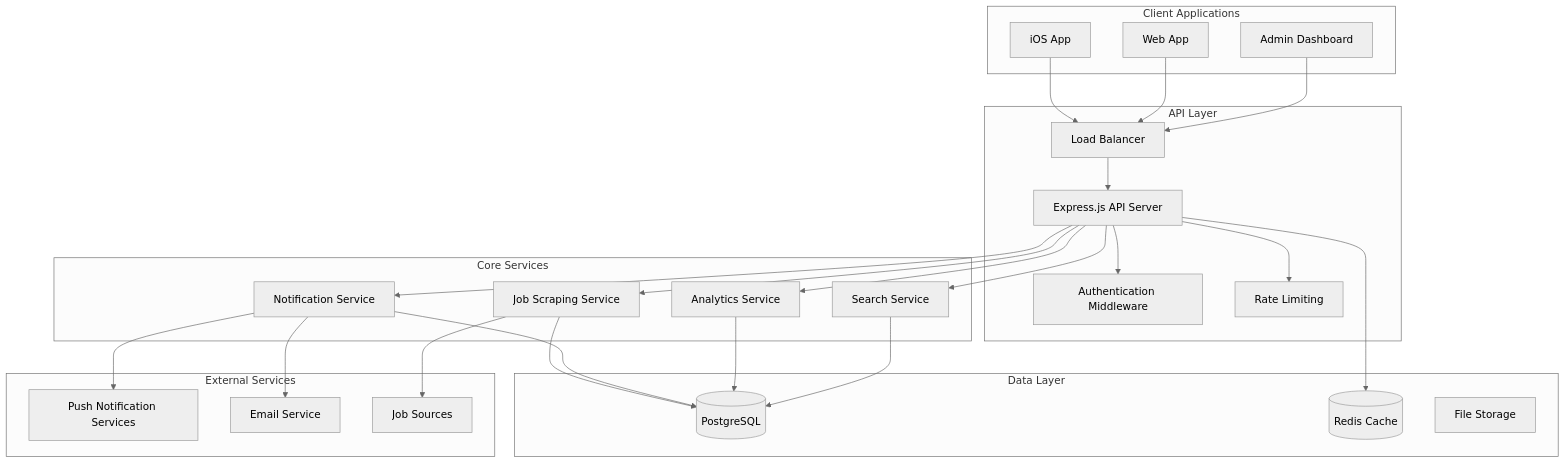
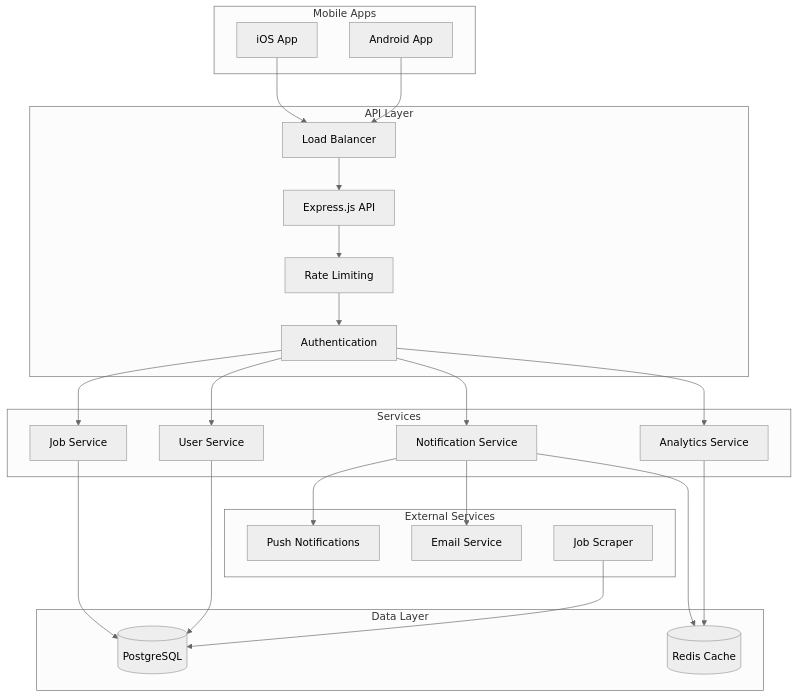
Before and after one commit to start-upps/birjobBackend: the diagram in README.md, drawn with Mermaid (neutral theme). The commit also changed other lines of this file and 21 other files, not shown here.

````diff
--- a/README.md
+++ b/README.md
@@ -20,53 +64,49 @@
 ```mermaid
 graph TB
-    subgraph "Client Applications"
+    subgraph "Mobile Apps"
         A[iOS App] 
-        B[Web App]
-        C[Admin Dashboard]
+        B[Android App]
     end
     
     subgraph "API Layer"
-        D[Load Balancer]
-        E[Express.js API Server]
-        F[Authentication Middleware]
-        G[Rate Limiting]
+        C[Load Balancer]
+        D[Express.js API]
+        E[Rate Limiting]
+        F[Authentication]
     end
     
-    subgraph "Core Services"
-        H[Job Scraping Service]
-        I[Notification Service]
-        J[Analytics Service]
-        K[Search Service]
+    subgraph "Services"
+        G[Job Service]
+        H[Notification Service]  
+        I[Analytics Service]
+        J[User Service]
     end
     
     subgraph "Data Layer"
-        L[(PostgreSQL)]
-        M[(Redis Cache)]
-        N[File Storage]
+        K[(PostgreSQL)]
+        L[(Redis Cache)]
     end
     
     subgraph "External Services"
-        O[Push Notification Services]
-        P[Email Service]
-        Q[Job Sources]
+        M[Push Notifications]
+        N[Email Service]
+        O[Job Scraper]
     end
     
-    A --> D
-    B --> D
+    A --> C
+    B --> C
     C --> D
     D --> E
     E --> F
-    E --> G
-    E --> H
-    E --> I
-    E --> J
-    E --> K
+    F --> G
+    F --> H
+    F --> I
+    F --> J
+    G --> K
     H --> L
     I --> L
-    J --> L
-    K --> L
-    E --> M
-    I --> O
-    I --> P
-    H --> Q
+    J --> K
+    H --> M
+    H --> N
+    O --> K
 ```
````
